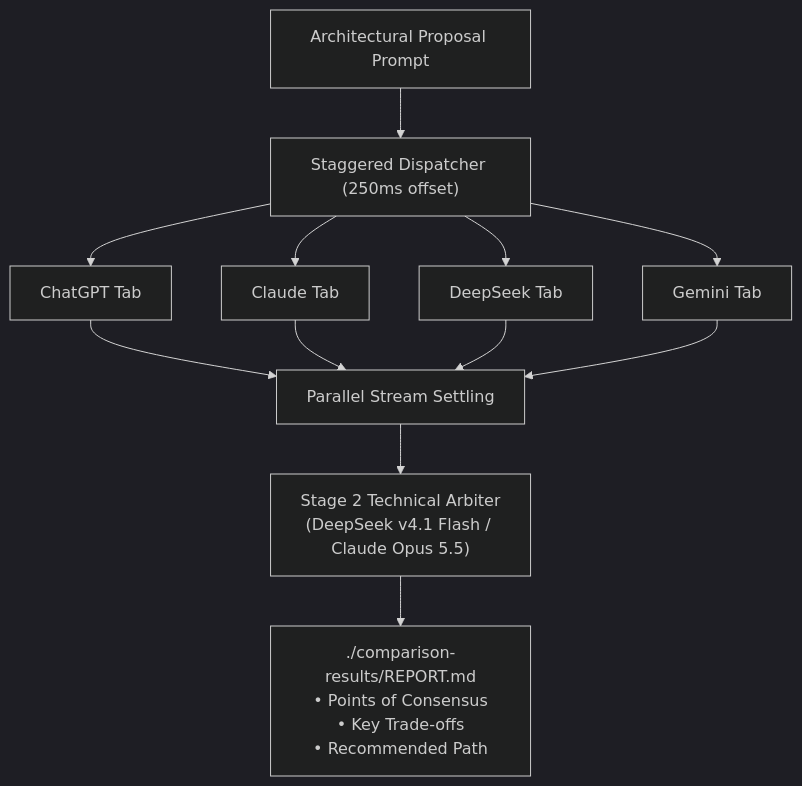
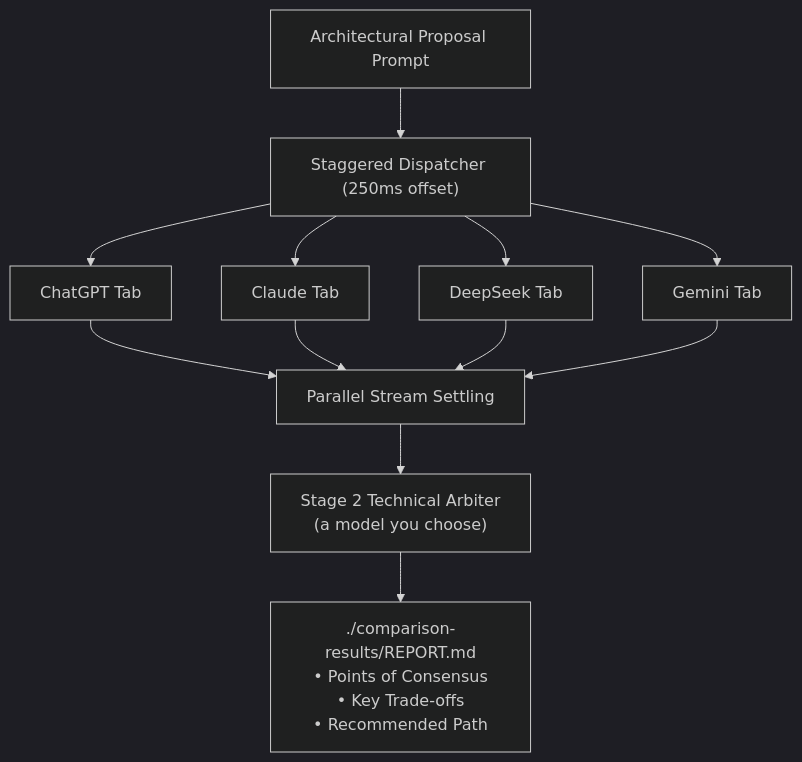
The diagram in website/src/content/docs/commands/compare-arbitrate.mdx (0xTanzim/convolink), drawn with Mermaid (dark theme) before and after one commit. The commit also changed 15 other files, not shown here.

````diff
--- a/website/src/content/docs/commands/compare-arbitrate.mdx
+++ b/website/src/content/docs/commands/compare-arbitrate.mdx
@@ -23,12 +23,12 @@
 ```mermaid
 flowchart TD
     Prompt["Architectural Proposal Prompt"] --> Dispatcher["Staggered Dispatcher (250ms offset)"]
     Dispatcher --> GPT["ChatGPT Tab"]
     Dispatcher --> Claude["Claude Tab"]
     Dispatcher --> DS["DeepSeek Tab"]
     Dispatcher --> Gemini["Gemini Tab"]
 
     GPT & Claude & DS & Gemini --> Settler["Parallel Stream Settling"]
-    Settler --> Arbiter["Stage 2 Technical Arbiter<br/>(DeepSeek v4.1 Flash / Claude Opus 5.5)"]
+    Settler --> Arbiter["Stage 2 Technical Arbiter<br/>(a model you choose)"]
     Arbiter --> Report["./comparison-results/REPORT.md<br/>• Points of Consensus<br/>• Key Trade-offs<br/>• Recommended Path"]
 ```
````
